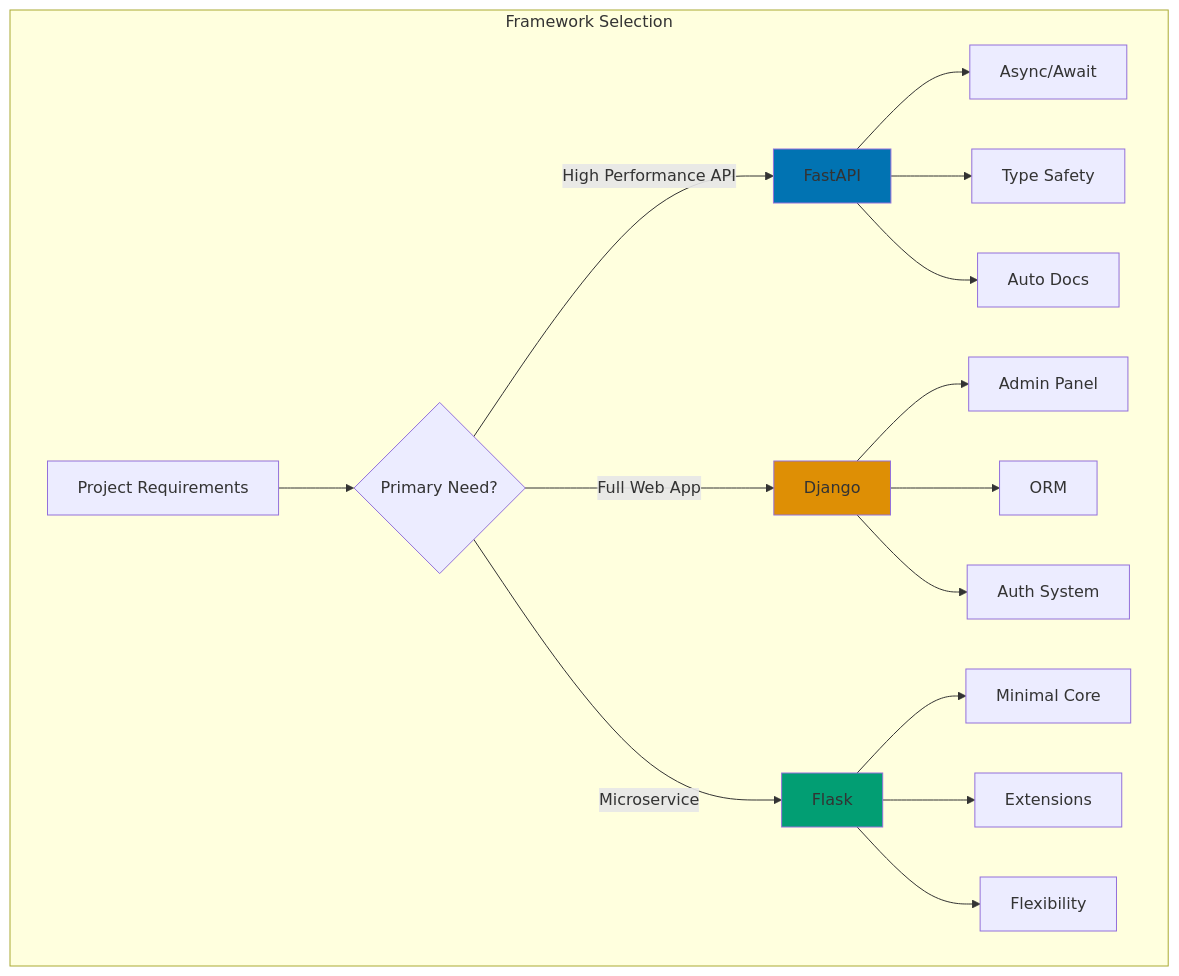
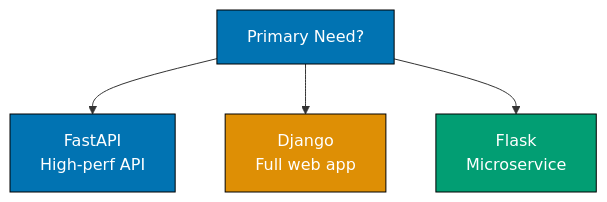
Before and after one commit to wahidyankf/ose-primer: the first of 5 diagrams in docs/explanation/software-engineering/programming-languages/python/web-services.md, drawn with Mermaid. The commit also changed other lines of this file and 12 other files, not shown here.

Commit message:
fix(docs): fix mermaid violations in python/ docs (batch 2/10)

````diff
--- a/docs/explanation/software-engineering/programming-languages/python/web-services.md
+++ b/docs/explanation/software-engineering/programming-languages/python/web-services.md
@@ -32,25 +32,11 @@
 ```mermaid
-graph TB
-    subgraph "Framework Selection"
-        A[Project Requirements] --> B{Primary Need?}
-        B -->|High Performance API| C[FastAPI]
-        B -->|Full Web App| D[Django]
-        B -->|Microservice| E[Flask]
+graph TD
+    A[Primary Need?] --> B[FastAPI<br/>High-perf API]
+    A --> C[Django<br/>Full web app]
+    A --> D[Flask<br/>Microservice]
 
-        C --> F[Async/Await]
-        C --> G[Type Safety]
-        C --> H[Auto Docs]
-
-        D --> I[Admin Panel]
-        D --> J[ORM]
-        D --> K[Auth System]
-
-        E --> L[Minimal Core]
-        E --> M[Extensions]
-        E --> N[Flexibility]
-    end
-
-    style C fill:#0173B2
-    style D fill:#DE8F05
-    style E fill:#029E73
+    style A fill:#0173B2,stroke:#000,color:#fff
+    style B fill:#0173B2,stroke:#000,color:#fff
+    style C fill:#DE8F05,stroke:#000,color:#fff
+    style D fill:#029E73,stroke:#000,color:#fff
 ```
````
